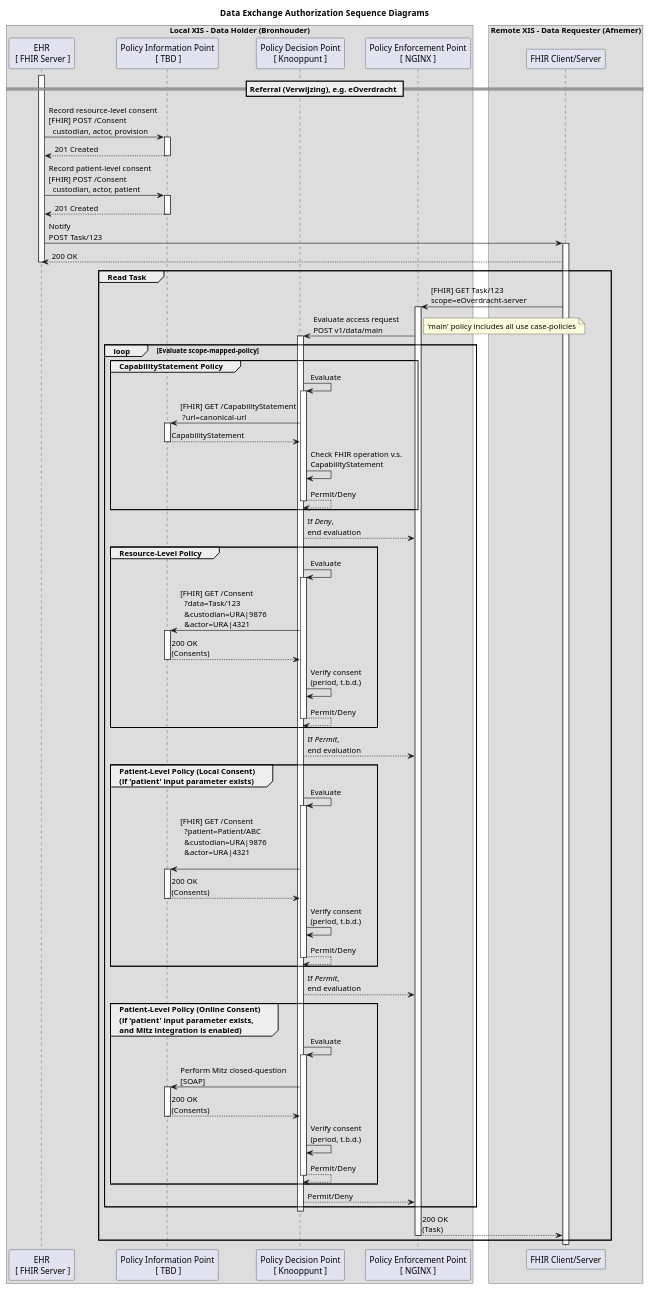
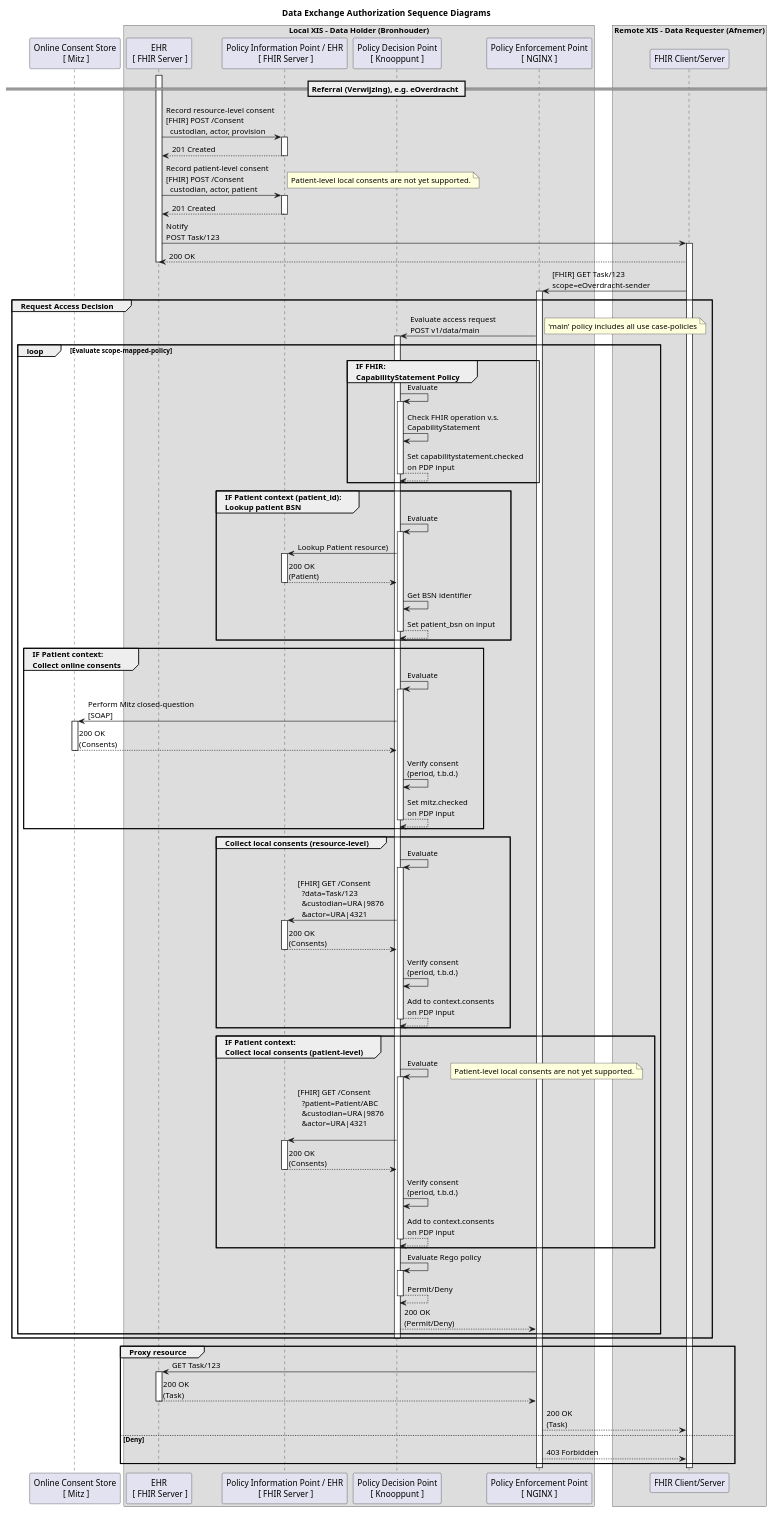
Before and after one commit to nuts-foundation/nuts-knooppunt: the diagram in docs/dataexchange-authorization-sd.puml, drawn with PlantUML. The commit also changed 1 other file, not shown here.

```diff
--- a/docs/dataexchange-authorization-sd.puml
+++ b/docs/dataexchange-authorization-sd.puml
@@ -1,92 +1,115 @@
 @startuml
 title Data Exchange Authorization   Sequence Diagrams
 
+participant mitz as "Online Consent Store\n [ Mitz ]"
 box Local XIS - Data Holder (Bronhouder)
     participant ehr as "EHR\n [ FHIR Server ]"
-    participant pip as "Policy Information Point\n [ TBD ]"
+    participant pip as "Policy Information Point / EHR\n [ FHIR Server ]"
     participant pdp as "Policy Decision Point\n[ Knooppunt ]"
     participant pep as "Policy Enforcement Point\n[ NGINX ]"
 end box
 box Remote XIS - Data Requester (Afnemer)
     participant remoteXIS as "FHIR Client/Server"
 end box
 
 == Referral (Verwijzing), e.g. eOverdracht ==
 activate ehr
 ehr -> pip : Record resource-level consent\n[FHIR] POST /Consent\n  custodian, actor, provision
 activate pip
     pip --> ehr : 201 Created
 deactivate pip
 ehr -> pip : Record patient-level consent\n[FHIR] POST /Consent\n  custodian, actor, patient
+note right: Patient-level local consents are not yet supported.
 activate pip
     pip --> ehr : 201 Created
 deactivate pip
 ehr -> remoteXIS : Notify\nPOST Task/123
 activate remoteXIS
 remoteXIS --> ehr : 200 OK
 deactivate ehr
 
-group Read Task
-    remoteXIS -> pep : [FHIR] GET Task/123\nscope=eOverdracht-server
+remoteXIS -> pep : [FHIR] GET Task/123\nscope=eOverdracht-sender
+group Request Access Decision
     activate pep
     pep -> pdp: Evaluate access request\nPOST v1/data/main
     note right: 'main' policy includes all use case-policies
     activate pdp
     loop Evaluate scope-mapped-policy
-        group CapabilityStatement Policy
+        group IF FHIR:\nCapabilityStatement Policy
         pdp -> pdp : Evaluate
             activate pdp
-                pdp -> pip : [FHIR] GET /CapabilityStatement\n ?url=canonical-url
-                activate pip
-                    pip --> pdp : CapabilityStatement
-                deactivate pip
                 pdp -> pdp : Check FHIR operation v.s.\nCapabilityStatement
-                pdp --> pdp : Permit/Deny
+                pdp --> pdp : Set capabilitystatement.checked\non PDP input
             deactivate
         end group
-        pdp --> pep : If <i>Deny</i>,\nend evaluation
-        group Resource-Level Policy
+        group IF Patient context (patient_id):\nLookup patient BSN
+            pdp -> pdp : Evaluate
+            activate pdp
+                pdp -> pip : Lookup Patient resource)
+                activate pip
+                    pip --> pdp : 200 OK\n(Patient)
+                deactivate pip
+                pdp -> pdp : Get BSN identifier
+                pdp --> pdp : Set patient_bsn on input
+            deactivate
+        end group
+        group IF Patient context:\nCollect online consents
+            pdp -> pdp : Evaluate
+            activate pdp
+                pdp -> mitz : Perform Mitz closed-question\n[SOAP]
+                activate mitz
+                    mitz --> pdp : 200 OK\n(Consents)
+                deactivate mitz
+                pdp -> pdp : Verify consent\n(period, t.b.d.)
+                pdp --> pdp : Set mitz.checked\non PDP input
+            deactivate
+        end group
+
+        group Collect local consents (resource-level)
         pdp -> pdp : Evaluate
             activate pdp
                 pdp -> pip : [FHIR] GET /Consent\n  ?data=Task/123\n  &custodian=URA|9876\n  &actor=URA|4321
                 activate pip
                     pip --> pdp : 200 OK\n(Consents)
                 deactivate pip
                 pdp -> pdp : Verify consent\n(period, t.b.d.)
-                pdp --> pdp : Permit/Deny
+                pdp --> pdp : Add to context.consents\non PDP input
             deactivate
         end group
-        pdp --> pep : If <i>Permit</i>,\nend evaluation
-        group Patient-Level Policy (Local Consent)\n(if 'patient' input parameter exists)
+        group IF Patient context:\nCollect local consents (patient-level)
             pdp -> pdp : Evaluate
+            note right: Patient-level local consents are not yet supported.
             activate pdp
                 pdp -> pip : [FHIR] GET /Consent\n  ?patient=Patient/ABC\n  &custodian=URA|9876\n  &actor=URA|4321\n
                 activate pip
                     pip --> pdp : 200 OK\n(Consents)
                 deactivate pip
                 pdp -> pdp : Verify consent\n(period, t.b.d.)
-                pdp --> pdp : Permit/Deny
+                pdp --> pdp : Add to context.consents\non PDP input
             deactivate
         end group
-        pdp --> pep : If <i>Permit</i>,\nend evaluation
-        group Patient-Level Policy (Online Consent)\n(if 'patient' input parameter exists,\nand Mitz integration is enabled)
-            pdp -> pdp : Evaluate
-            activate pdp
-                pdp -> pip : Perform Mitz closed-question\n[SOAP]
-                activate pip
-                    pip --> pdp : 200 OK\n(Consents)
-                deactivate pip
-                pdp -> pdp : Verify consent\n(period, t.b.d.)
-                pdp --> pdp : Permit/Deny
-            deactivate
-        end group
-        pdp --> pep : Permit/Deny
+
+        pdp -> pdp : Evaluate Rego policy
+        activate pdp
+            pdp --> pdp : Permit/Deny
+        deactivate
+        pdp --> pep : 200 OK\n(Permit/Deny)
     end group
     deactivate pdp
-    pep --> remoteXIS : 200 OK\n(Task)
-    deactivate
-end group
+    end group
+    group Proxy resource
+        pep -> ehr : GET Task/123
+        activate ehr
+            ehr --> pep : 200 OK\n(Task)
+        deactivate ehr
+        pep --> remoteXIS : 200 OK\n(Task)
+    else Deny
+        pep --> remoteXIS : 403 Forbidden
+    end
+
+deactivate
+
 
 deactivate remoteXIS
 
 @enduml
```
